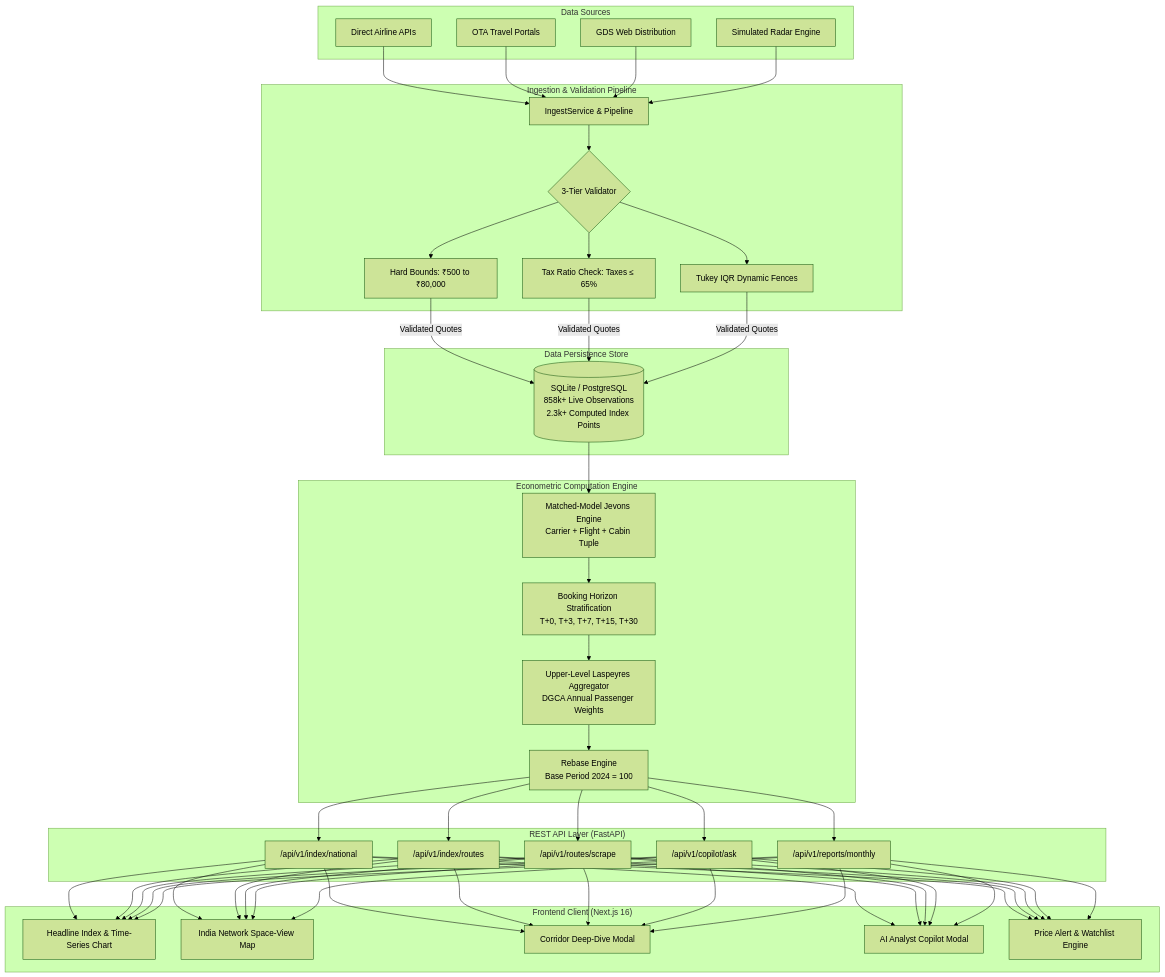
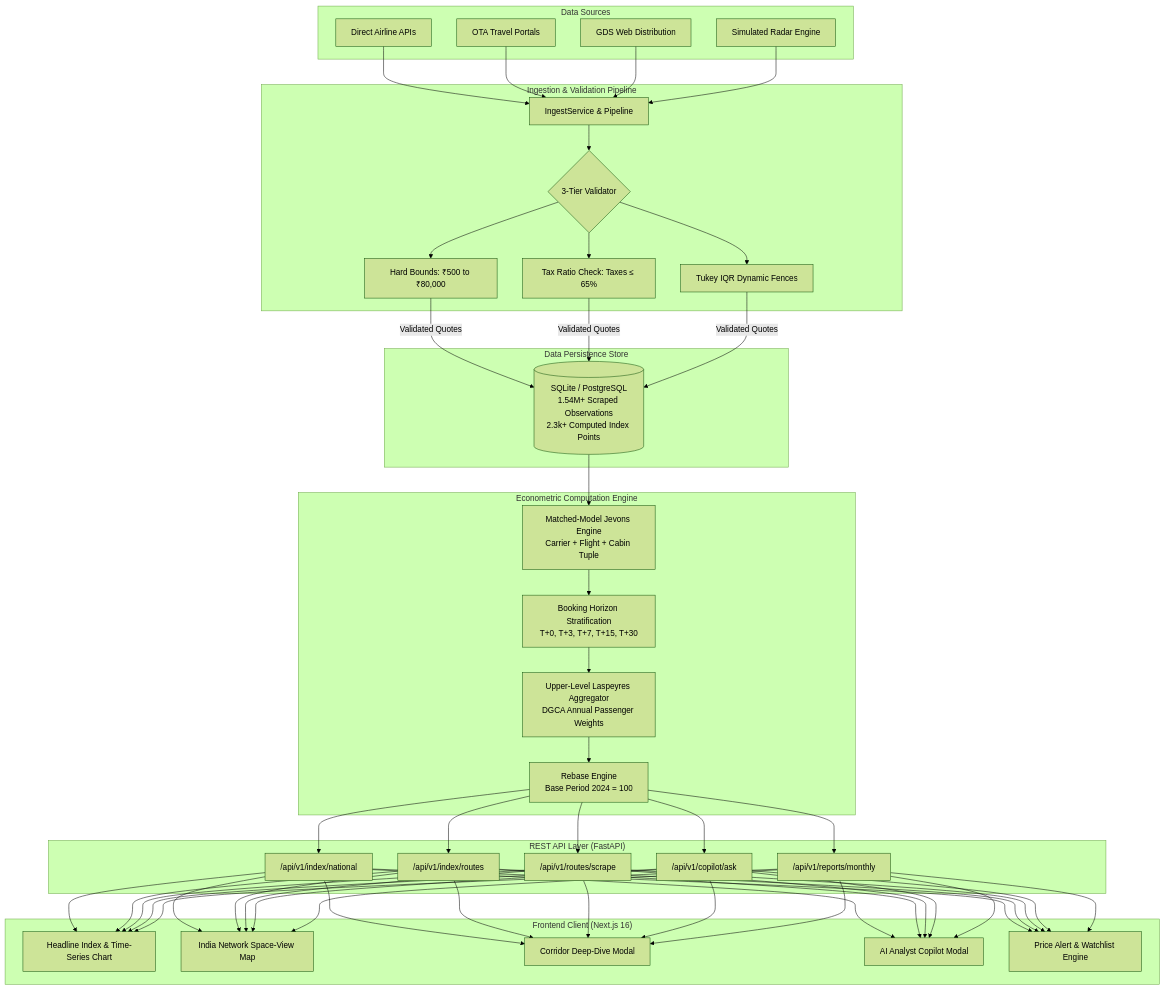
Before and after one commit to satiricalguru/Airfare-CPI: the first of 3 diagrams in README.md, drawn with Mermaid (forest theme). The commit also changed other lines of this file and 10 other files, not shown here.

````diff
--- a/README.md
+++ b/README.md
@@ -105,55 +105,55 @@
 ```mermaid
 flowchart TD
     subgraph DS["Data Sources"]
         DS1["Direct Airline APIs"]
         DS2["OTA Travel Portals"]
         DS3["GDS Web Distribution"]
         DS4["Simulated Radar Engine"]
     end
 
     subgraph INGP["Ingestion & Validation Pipeline"]
         ING["IngestService & Pipeline"]
         VAL{"3-Tier Validator"}
         VAL1["Hard Bounds: ₹500 to ₹80,000"]
         VAL2["Tax Ratio Check: Taxes ≤ 65%"]
         VAL3["Tukey IQR Dynamic Fences"]
     end
 
     subgraph ST["Data Persistence Store"]
-        DB[("SQLite / PostgreSQL<br/>858k+ Live Observations<br/>2.3k+ Computed Index Points")]
+        DB[("SQLite / PostgreSQL<br/>1.54M+ Scraped Observations<br/>2.3k+ Computed Index Points")]
     end
 
     subgraph ENG["Econometric Computation Engine"]
         JEV["Matched-Model Jevons Engine<br/>Carrier + Flight + Cabin Tuple"]
         HOR["Booking Horizon Stratification<br/>T+0, T+3, T+7, T+15, T+30"]
         AGG["Upper-Level Laspeyres Aggregator<br/>DGCA Annual Passenger Weights"]
         REB["Rebase Engine<br/>Base Period 2024 = 100"]
     end
 
     subgraph API["REST API Layer (FastAPI)"]
         API1["/api/v1/index/national"]
         API2["/api/v1/index/routes"]
         API3["/api/v1/routes/scrape"]
         API4["/api/v1/copilot/ask"]
         API5["/api/v1/reports/monthly"]
     end
 
     subgraph UI["Frontend Client (Next.js 16)"]
         UI1["Headline Index & Time-Series Chart"]
         UI2["India Network Space-View Map"]
         UI3["Corridor Deep-Dive Modal"]
         UI4["AI Analyst Copilot Modal"]
         UI5["Price Alert & Watchlist Engine"]
     end
 
     DS1 & DS2 & DS3 & DS4 --> ING
     ING --> VAL
     VAL --> VAL1 & VAL2 & VAL3
     VAL1 & VAL2 & VAL3 -->|Validated Quotes| DB
     DB --> JEV
     JEV --> HOR
     HOR --> AGG
     AGG --> REB
     REB --> API1 & API2 & API3 & API4 & API5
     API1 & API2 & API3 & API4 & API5 --> UI1 & UI2 & UI3 & UI4 & UI5
 ```
````
